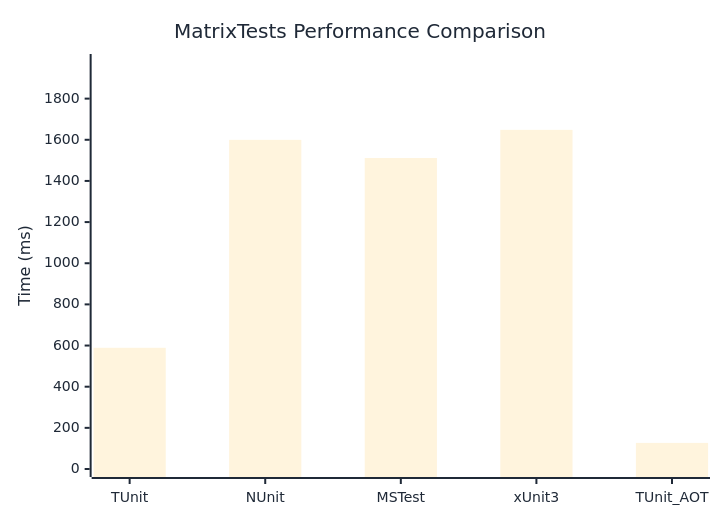
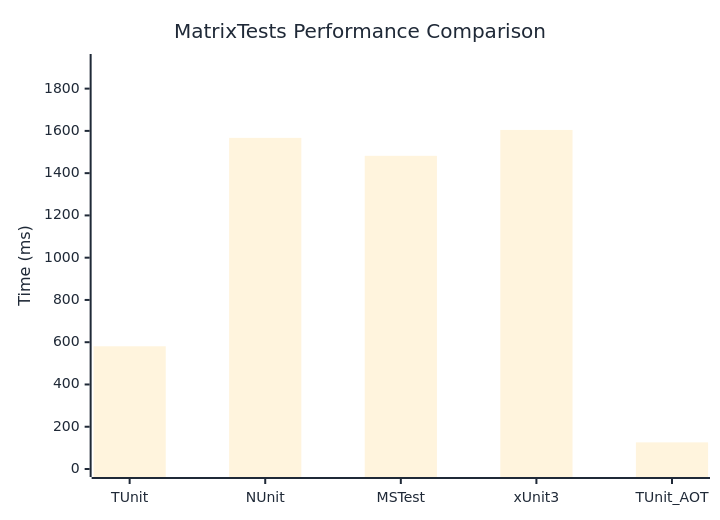
The diagram in docs/docs/benchmarks/MatrixTests.md (thomhurst/TUnit), drawn with Mermaid before and after one commit. The commit also changed other lines of this file and 17 other files, not shown here.

````diff
--- a/docs/docs/benchmarks/MatrixTests.md
+++ b/docs/docs/benchmarks/MatrixTests.md
@@ -27,37 +27,37 @@
 ```mermaid
 %%{init: {
   'theme':'base',
   'themeVariables': {
     'primaryColor': '#2563eb',
     'primaryTextColor': '#1f2937',
     'primaryBorderColor': '#1e40af',
     'lineColor': '#6b7280',
     'secondaryColor': '#7c3aed',
     'tertiaryColor': '#dc2626',
     'background': '#ffffff',
     'mainBkg': '#2563eb',
     'secondBkg': '#7c3aed',
     'tertiaryBkg': '#dc2626',
     'clusterBkg': '#f3f4f6',
     'edgeLabelBackground': '#ffffff',
     'tertiaryTextColor': '#1f2937',
     'pie1': '#2563eb',
     'pie2': '#7c3aed',
     'pie3': '#dc2626',
     'pie4': '#f59e0b',
     'pie5': '#10b981',
     'pie6': '#06b6d4',
     'pie7': '#ec4899',
     'pie8': '#6366f1',
     'pie9': '#84cc16',
     'pie10': '#f97316',
     'pie11': '#14b8a6',
     'pie12': '#a855f7'
   }
 }}%%
 xychart-beta
   title "MatrixTests Performance Comparison"
   x-axis ["TUnit", "NUnit", "MSTest", "xUnit3", "TUnit_AOT"]
-  y-axis "Time (ms)" 0 --> 1978
-  bar [589.1, 1599.7, 1511.4, 1648.2, 126.8]
+  y-axis "Time (ms)" 0 --> 1926
+  bar [580.8, 1567, 1482, 1604.5, 126]
 ```
````
